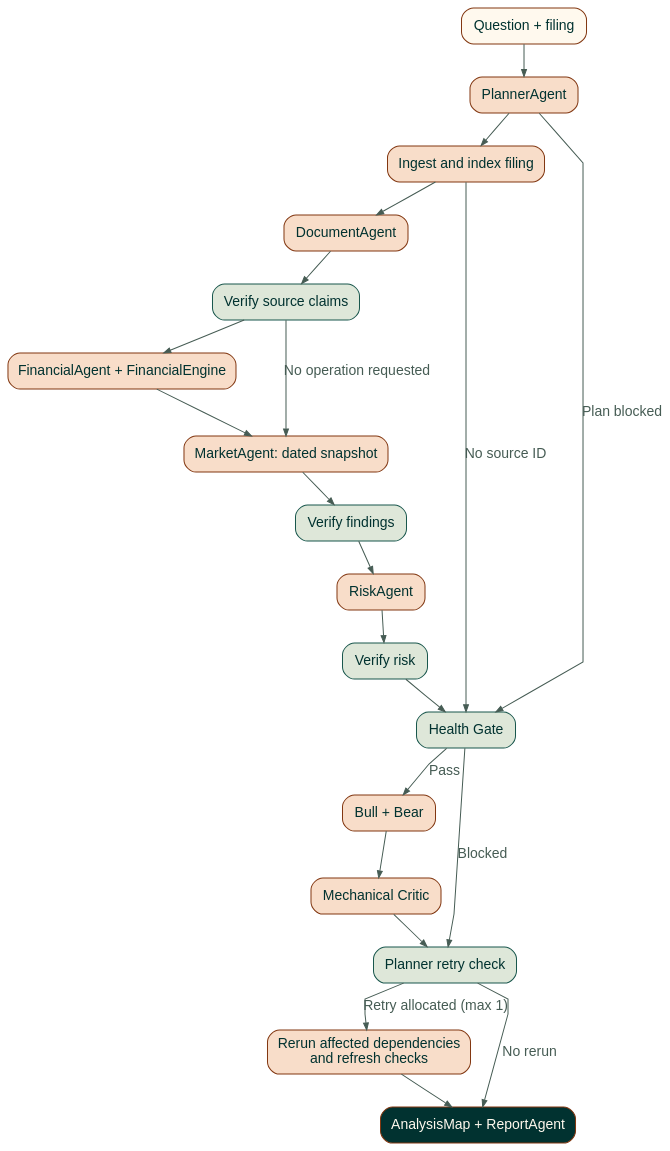
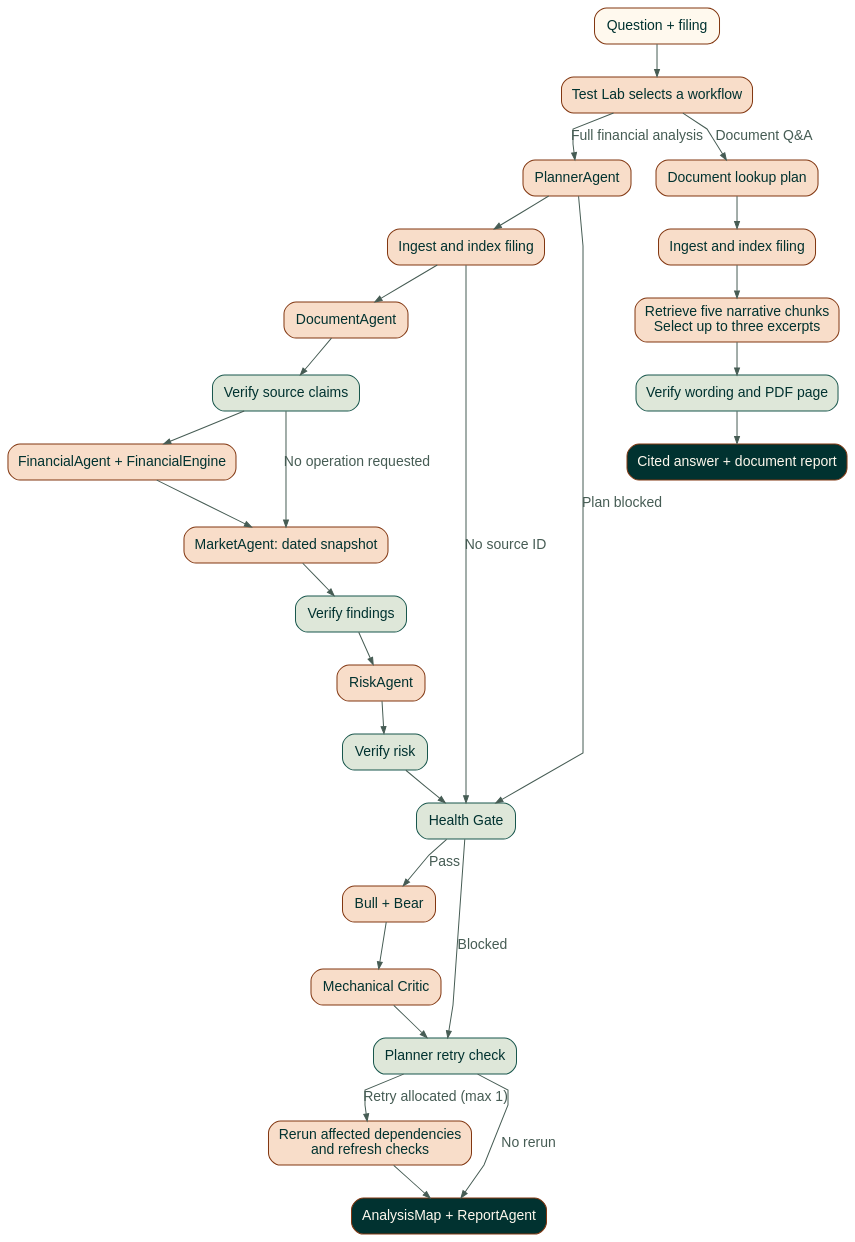
Before and after one commit to AadeeshRS/Mafis: the diagram in presentation/diagrams/pipeline.dot, drawn with Graphviz. The commit also changed 26 other files, not shown here.

```diff
--- a/presentation/diagrams/pipeline.dot
+++ b/presentation/diagrams/pipeline.dot
@@ -1,36 +1,47 @@
 digraph MAFIS {
   graph [rankdir=TB, bgcolor=transparent, pad=.18, nodesep=.35, ranksep=.44,
          fontname="Arial", splines=polyline];
   node [shape=box, style="rounded,filled", fillcolor="#F8DDC9", color="#823711",
         fontcolor="#013230", fontname="Arial", margin=".18,.10"];
   edge [color="#465C54", fontname="Arial", fontcolor="#465C54", arrowsize=.7];
 
   input [label="Question + filing", fillcolor="#FFF9EE"];
+  route [label="Test Lab selects a workflow"];
   planner [label="PlannerAgent"];
   ingest [label="Ingest and index filing"];
   doc [label="DocumentAgent"];
   primitive [label="Verify source claims", fillcolor="#DEE7D9", color="#19574D"];
   financial [label="FinancialAgent + FinancialEngine"];
   market [label="MarketAgent: dated snapshot"];
   findings [label="Verify findings", fillcolor="#DEE7D9", color="#19574D"];
   risk [label="RiskAgent"];
   risk_check [label="Verify risk", fillcolor="#DEE7D9", color="#19574D"];
   gate [label="Health Gate", fillcolor="#DEE7D9", color="#19574D"];
   stances [label="Bull + Bear"];
   critic [label="Mechanical Critic"];
   decision [label="Planner retry check", fillcolor="#DEE7D9", color="#19574D"];
   rerun [label="Rerun affected dependencies\nand refresh checks"];
   report [label="AnalysisMap + ReportAgent", fillcolor="#013230", fontcolor="#FFF9EE"];
 
-  input -> planner -> ingest -> doc -> primitive -> financial -> market -> findings;
+  lookup [label="Document lookup plan"];
+  lookup_ingest [label="Ingest and index filing"];
+  passages [label="Retrieve five narrative chunks\nSelect up to three excerpts"];
+  cite [label="Verify wording and PDF page", fillcolor="#DEE7D9", color="#19574D"];
+  answer [label="Cited answer + document report", fillcolor="#013230", fontcolor="#FFF9EE"];
+
+  input -> route;
+  route -> lookup [label="Document Q&A"];
+  lookup -> lookup_ingest -> passages -> cite -> answer;
+  route -> planner [label="Full financial analysis"];
+  planner -> ingest -> doc -> primitive -> financial -> market -> findings;
   planner -> gate [label="Plan blocked"];
   ingest -> gate [label="No source ID"];
   primitive -> market [label="No operation requested"];
   findings -> risk -> risk_check -> gate;
   gate -> stances [label="Pass"];
   stances -> critic -> decision;
   gate -> decision [label="Blocked"];
   decision -> rerun [label="Retry allocated (max 1)"];
   decision -> report [label="No rerun"];
   rerun -> report;
 }
```
